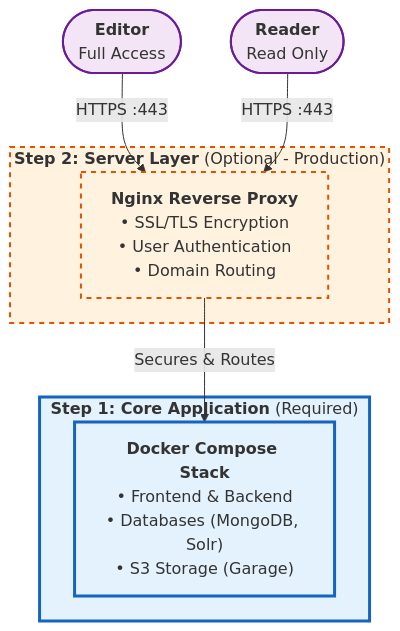
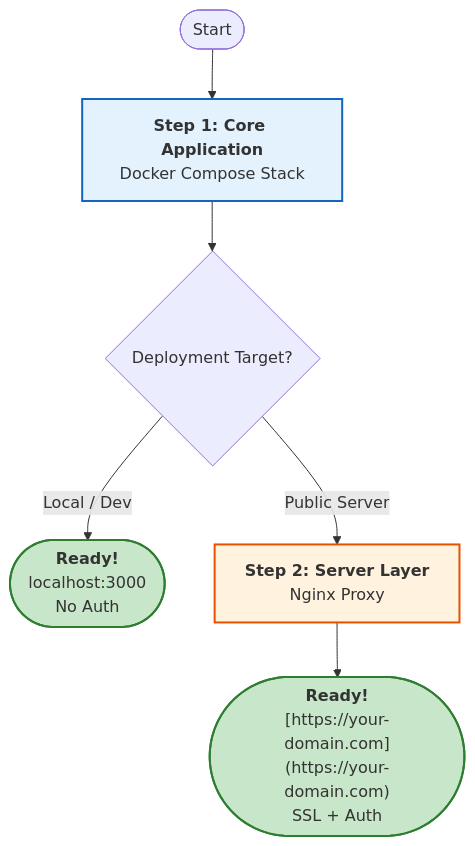
One commit to sdsc-ordes/debates-analytics changed the diagram in docs/docs/installation/overview.md. Above: the diagram before and after it, drawn with Mermaid. The commit also changed other lines of this file and 1 other file, not shown here.

````diff
--- a/docs/docs/installation/overview.md
+++ b/docs/docs/installation/overview.md
@@ -9,30 +11,22 @@
 ```mermaid
 graph TD
-    %% Users
-    Editor(["<b>Editor</b><br>Full Access"])
-    Reader(["<b>Reader</b><br>Read Only"])
+    %% Core Nodes
+    Start([Start]) --> Core["<b>Step 1: Core Application</b><br>Docker Compose Stack"]
+    Core --> Local{Deployment Target?}
 
-    %% Server Layer (Optional)
-    subgraph Step2 ["<b>Step 2: Server Layer</b> (Optional - Production)"]
-        Nginx["<b>Nginx Reverse Proxy</b><br>• SSL/TLS Encryption<br>• User Authentication<br>• Domain Routing"]
-    end
+    %% Path 1: Local
+    Local -->|Local / Dev| FinishLocal(["<b>Ready!</b><br>localhost:3000<br>No Auth"])
 
-    %% Core Application (Required)
-    subgraph Step1 ["<b>Step 1: Core Application</b> (Required)"]
-        Core["<b>Docker Compose Stack</b><br>• Frontend & Backend<br>• Databases (MongoDB, Solr)<br>• S3 Storage (Garage)"]
-    end
-
-    %% Connections
-    Editor -->|HTTPS :443| Nginx
-    Reader -->|HTTPS :443| Nginx
-    Nginx -->|Secures & Routes| Core
+    %% Path 2: Server
+    Local -->|Public Server| Server[<b>Step 2: Server Layer</b><br>Nginx Proxy]
+    Server --> FinishServer(["<b>Ready!</b><br>[https://your-domain.com](https://your-domain.com)<br>SSL + Auth"])
 
     %% Styling
-    classDef core fill:#e3f2fd,stroke:#1565c0,stroke-width:3px
-    classDef server fill:#fff3e0,stroke:#e65100,stroke-width:2px,stroke-dasharray: 5 5
-    classDef user fill:#f3e5f5,stroke:#6a1b9a,stroke-width:2px
+    classDef core fill:#e3f2fd,stroke:#1565c0,stroke-width:2px
+    classDef server fill:#fff3e0,stroke:#e65100,stroke-width:2px
+    classDef finish fill:#c8e6c9,stroke:#2e7d32,stroke-width:2px
 
-    class Step1,Core core
-    class Step2,Nginx server
-    class Editor,Reader user
+    class Core core
+    class Server server
+    class FinishLocal,FinishServer finish
 ```
````
